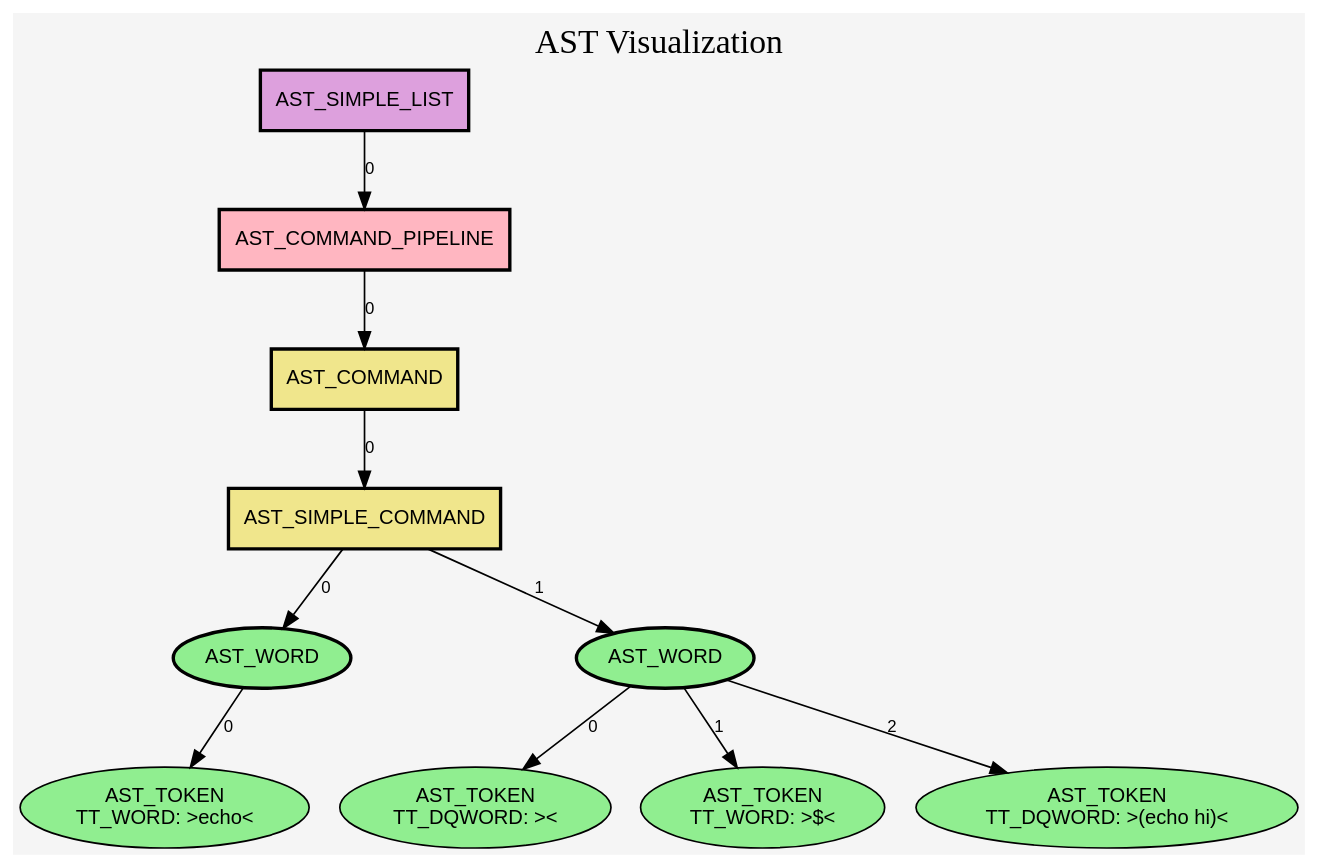
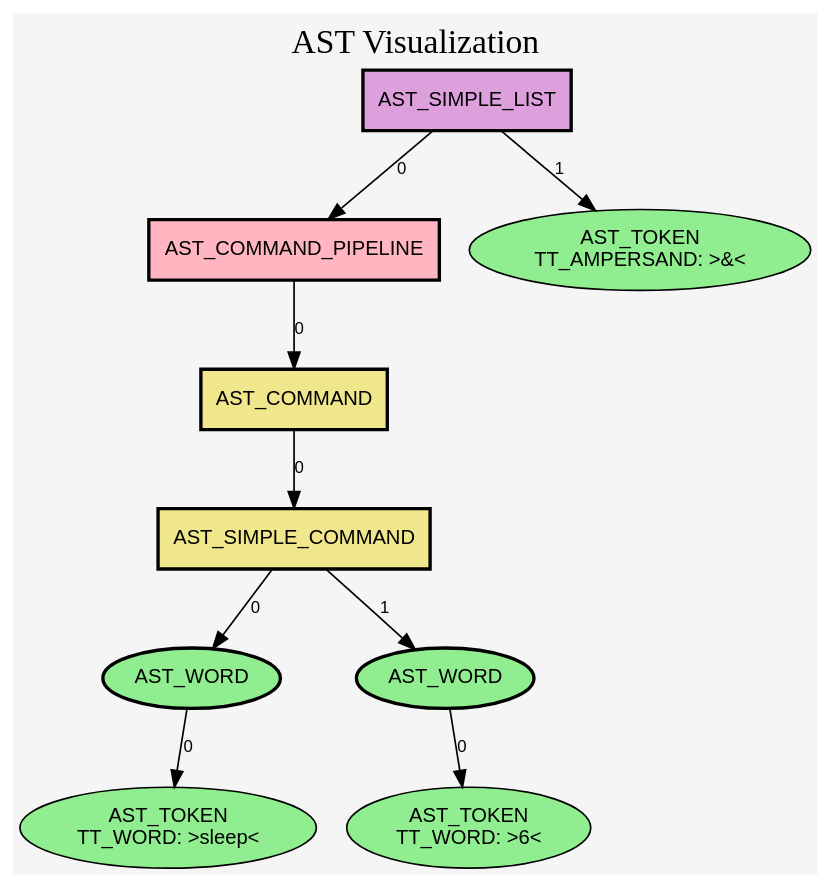
The diagram in out.dot (Univers42/sh42), drawn with Graphviz before and after one commit. The commit also changed 59 other files, not shown here.

```diff
--- a/out.dot
+++ b/out.dot
@@ -1,30 +1,28 @@
 digraph AST {
 	rankdir=TB;
 	node [fontname="Arial", fontsize=12];
 	edge [fontname="Arial", fontsize=10];
 	bgcolor="#F5F5F5";
 
 	n0 [label="AST_SIMPLE_LIST", style=filled, fillcolor="#DDA0DD", shape=box, penwidth=2];
 	n0 -> n3850216102 [label="0"];
 	n3850216102 [label="AST_COMMAND_PIPELINE", style=filled, fillcolor="#FFB6C1", shape=box, penwidth=2];
 	n3850216102 -> n4216142890 [label="0"];
 	n4216142890 [label="AST_COMMAND", style=filled, fillcolor="#F0E68C", shape=box, penwidth=2];
 	n4216142890 -> n4177211283 [label="0"];
 	n4177211283 [label="AST_SIMPLE_COMMAND", style=filled, fillcolor="#F0E68C", shape=box, penwidth=2];
 	n4177211283 -> n3872387439 [label="0"];
 	n3872387439 [label="AST_WORD", style=filled, fillcolor="#90EE90", shape=ellipse, penwidth=2];
 	n3872387439 -> n1663027210 [label="0"];
-	n1663027210 [label="AST_TOKEN\nTT_WORD: >echo<", style=filled, fillcolor="#90EE90", shape=ellipse];
+	n1663027210 [label="AST_TOKEN\nTT_WORD: >sleep<", style=filled, fillcolor="#90EE90", shape=ellipse];
 	n4177211283 -> n4287950519 [label="1"];
 	n4287950519 [label="AST_WORD", style=filled, fillcolor="#90EE90", shape=ellipse, penwidth=2];
 	n4287950519 -> n1214240581 [label="0"];
-	n1214240581 [label="AST_TOKEN\nTT_DQWORD: ><", style=filled, fillcolor="#90EE90", shape=ellipse];
-	n4287950519 -> n2884641882 [label="1"];
-	n2884641882 [label="AST_TOKEN\nTT_WORD: >$<", style=filled, fillcolor="#90EE90", shape=ellipse];
-	n4287950519 -> n1913715028 [label="2"];
-	n1913715028 [label="AST_TOKEN\nTT_DQWORD: >(echo hi)<", style=filled, fillcolor="#90EE90", shape=ellipse];
+	n1214240581 [label="AST_TOKEN\nTT_WORD: >6<", style=filled, fillcolor="#90EE90", shape=ellipse];
+	n0 -> n2884641882 [label="1"];
+	n2884641882 [label="AST_TOKEN\nTT_AMPERSAND: >&<", style=filled, fillcolor="#90EE90", shape=ellipse];
 
 	labelloc="t";
 	label="AST Visualization";
 	fontsize=20;
 }
```
